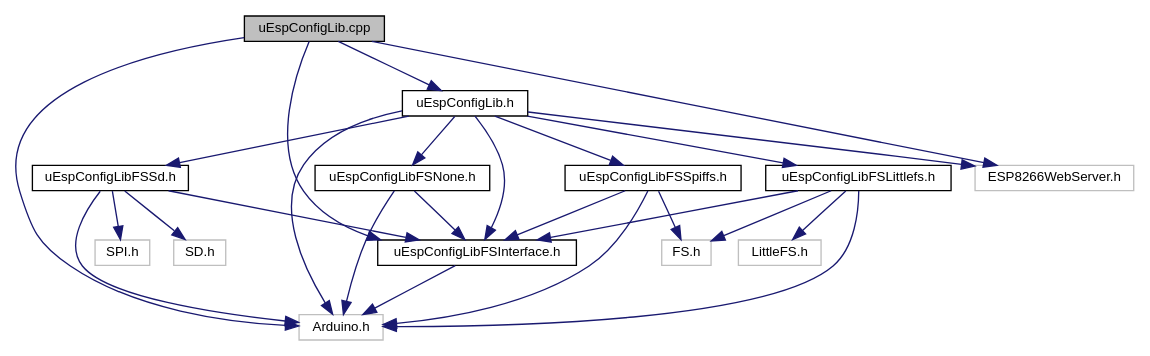
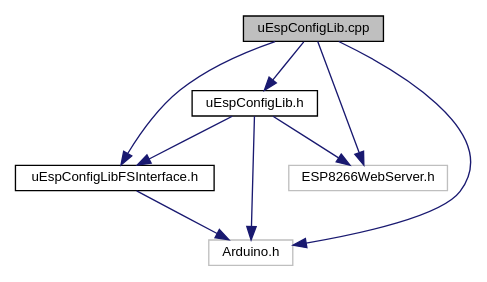
Before and after one commit to Naguissa/uEspConfigLib_doc_and_extras: the diagram in docs/uEspConfigLib_8cpp__incl.dot, drawn with Graphviz. The commit also changed 52 other files, not shown here.

```diff
--- a/docs/uEspConfigLib_8cpp__incl.dot
+++ b/docs/uEspConfigLib_8cpp__incl.dot
@@ -1,44 +1,19 @@
 digraph "uEspConfigLib.cpp"
 {
  // LATEX_PDF_SIZE
   edge [fontname="Helvetica",fontsize="10",labelfontname="Helvetica",labelfontsize="10"];
   node [fontname="Helvetica",fontsize="10",shape=record];
   Node1 [label="uEspConfigLib.cpp",height=0.2,width=0.4,color="black", fillcolor="grey75", style="filled", fontcolor="black",tooltip=" "];
   Node1 -> Node2 [color="midnightblue",fontsize="10",style="solid",fontname="Helvetica"];
   Node2 [label="Arduino.h",height=0.2,width=0.4,color="grey75", fillcolor="white", style="filled",tooltip=" "];
   Node1 -> Node3 [color="midnightblue",fontsize="10",style="solid",fontname="Helvetica"];
   Node3 [label="uEspConfigLib.h",height=0.2,width=0.4,color="black", fillcolor="white", style="filled",URL="$uEspConfigLib_8h.html",tooltip=" "];
   Node3 -> Node2 [color="midnightblue",fontsize="10",style="solid",fontname="Helvetica"];
   Node3 -> Node4 [color="midnightblue",fontsize="10",style="solid",fontname="Helvetica"];
   Node4 [label="ESP8266WebServer.h",height=0.2,width=0.4,color="grey75", fillcolor="white", style="filled",tooltip=" "];
   Node3 -> Node5 [color="midnightblue",fontsize="10",style="solid",fontname="Helvetica"];
   Node5 [label="uEspConfigLibFSInterface.h",height=0.2,width=0.4,color="black", fillcolor="white", style="filled",URL="$uEspConfigLibFSInterface_8h.html",tooltip=" "];
   Node5 -> Node2 [color="midnightblue",fontsize="10",style="solid",fontname="Helvetica"];
-  Node3 -> Node6 [color="midnightblue",fontsize="10",style="solid",fontname="Helvetica"];
-  Node6 [label="uEspConfigLibFSNone.h",height=0.2,width=0.4,color="black", fillcolor="white", style="filled",URL="$uEspConfigLibFSNone_8h.html",tooltip=" "];
-  Node6 -> Node2 [color="midnightblue",fontsize="10",style="solid",fontname="Helvetica"];
-  Node6 -> Node5 [color="midnightblue",fontsize="10",style="solid",fontname="Helvetica"];
-  Node3 -> Node7 [color="midnightblue",fontsize="10",style="solid",fontname="Helvetica"];
-  Node7 [label="uEspConfigLibFSSpiffs.h",height=0.2,width=0.4,color="black", fillcolor="white", style="filled",URL="$uEspConfigLibFSSpiffs_8h.html",tooltip=" "];
-  Node7 -> Node2 [color="midnightblue",fontsize="10",style="solid",fontname="Helvetica"];
-  Node7 -> Node5 [color="midnightblue",fontsize="10",style="solid",fontname="Helvetica"];
-  Node7 -> Node8 [color="midnightblue",fontsize="10",style="solid",fontname="Helvetica"];
-  Node8 [label="FS.h",height=0.2,width=0.4,color="grey75", fillcolor="white", style="filled",tooltip=" "];
-  Node3 -> Node9 [color="midnightblue",fontsize="10",style="solid",fontname="Helvetica"];
-  Node9 [label="uEspConfigLibFSLittlefs.h",height=0.2,width=0.4,color="black", fillcolor="white", style="filled",URL="$uEspConfigLibFSLittlefs_8h.html",tooltip=" "];
-  Node9 -> Node2 [color="midnightblue",fontsize="10",style="solid",fontname="Helvetica"];
-  Node9 -> Node5 [color="midnightblue",fontsize="10",style="solid",fontname="Helvetica"];
-  Node9 -> Node8 [color="midnightblue",fontsize="10",style="solid",fontname="Helvetica"];
-  Node9 -> Node10 [color="midnightblue",fontsize="10",style="solid",fontname="Helvetica"];
-  Node10 [label="LittleFS.h",height=0.2,width=0.4,color="grey75", fillcolor="white", style="filled",tooltip=" "];
-  Node3 -> Node11 [color="midnightblue",fontsize="10",style="solid",fontname="Helvetica"];
-  Node11 [label="uEspConfigLibFSSd.h",height=0.2,width=0.4,color="black", fillcolor="white", style="filled",URL="$uEspConfigLibFSSd_8h.html",tooltip=" "];
-  Node11 -> Node2 [color="midnightblue",fontsize="10",style="solid",fontname="Helvetica"];
-  Node11 -> Node5 [color="midnightblue",fontsize="10",style="solid",fontname="Helvetica"];
-  Node11 -> Node12 [color="midnightblue",fontsize="10",style="solid",fontname="Helvetica"];
-  Node12 [label="SPI.h",height=0.2,width=0.4,color="grey75", fillcolor="white", style="filled",tooltip=" "];
-  Node11 -> Node13 [color="midnightblue",fontsize="10",style="solid",fontname="Helvetica"];
-  Node13 [label="SD.h",height=0.2,width=0.4,color="grey75", fillcolor="white", style="filled",tooltip=" "];
   Node1 -> Node5 [color="midnightblue",fontsize="10",style="solid",fontname="Helvetica"];
   Node1 -> Node4 [color="midnightblue",fontsize="10",style="solid",fontname="Helvetica"];
 }
```
